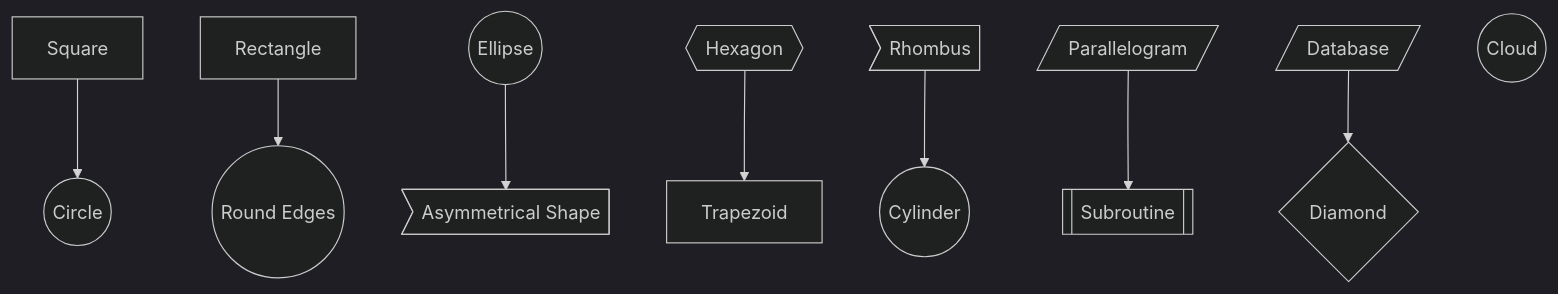
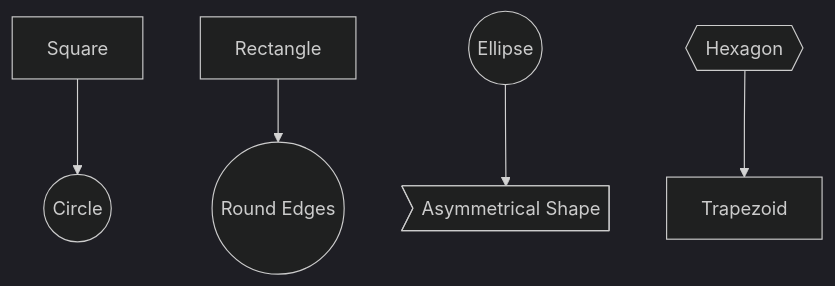
One commit to uwspstar/From-Zero-to-Hero changed the first of 7 diagrams in DevTools/Mermaid Diagram Example.md. Above: the diagram before and after it, drawn with Mermaid (dark theme).

Commit message:
Update Mermaid Diagram Example.md

````diff
--- a/DevTools/Mermaid Diagram Example.md
+++ b/DevTools/Mermaid Diagram Example.md
@@ -3,11 +3,7 @@
 ```mermaid
 graph TD
     A[Square] --> B((Circle))
     C[Rectangle] --> D((Round Edges))
     E((Ellipse)) --> F>Asymmetrical Shape]
     G{{Hexagon}} --> H[Trapezoid]
-    I>Rhombus] --> J((Cylinder))
-    K[/Parallelogram/] --> L[[Subroutine]]
-    M[/Database/] --> N{Diamond}
-    O((Cloud))
 ```
````
